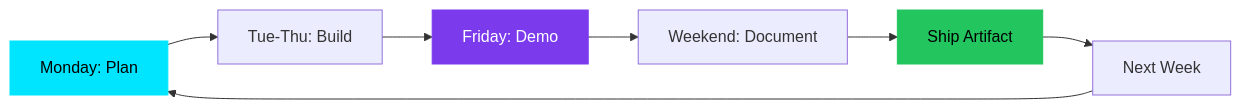
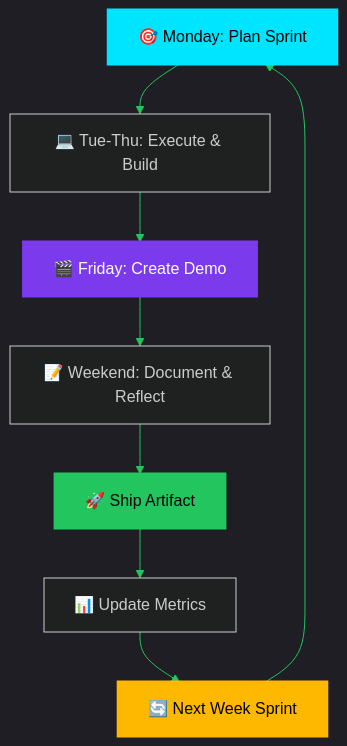
The first of 2 diagrams in README.md (LLParis/LLParis), drawn with Mermaid before and after one commit. The commit also changed other lines of this file, not shown here.

````diff
--- a/README.md
+++ b/README.md
@@ -163,13 +462,16 @@
 ```mermaid
-graph LR
-    A[Monday: Plan] --> B[Tue-Thu: Build]
-    B --> C[Friday: Demo]
-    C --> D[Weekend: Document]
-    D --> E[Ship Artifact]
-    E --> F[Next Week]
-    F --> A
+%%{init: {'theme':'dark', 'themeVariables': { 'primaryColor':'#00E5FF','primaryTextColor':'#fff','primaryBorderColor':'#7C3AED','lineColor':'#22C55E','secondaryColor':'#0b1220','tertiaryColor':'#1f2937'}}}%%
+graph TB
+    A[🎯 Monday: Plan Sprint] --> B[💻 Tue-Thu: Execute & Build]
+    B --> C[🎬 Friday: Create Demo]
+    C --> D[📝 Weekend: Document & Reflect]
+    D --> E[🚀 Ship Artifact]
+    E --> F[📊 Update Metrics]
+    F --> G[🔄 Next Week Sprint]
+    G --> A
     
-    style A fill:#00E5FF,stroke:#00E5FF,color:#000
-    style C fill:#7C3AED,stroke:#7C3AED,color:#fff
-    style E fill:#22C55E,stroke:#22C55E,color:#000
+    style A fill:#00E5FF,stroke:#00E5FF,stroke-width:3px,color:#000
+    style C fill:#7C3AED,stroke:#7C3AED,stroke-width:3px,color:#fff
+    style E fill:#22C55E,stroke:#22C55E,stroke-width:3px,color:#000
+    style G fill:#FFB800,stroke:#FFB800,stroke-width:3px,color:#000
 ```
````
